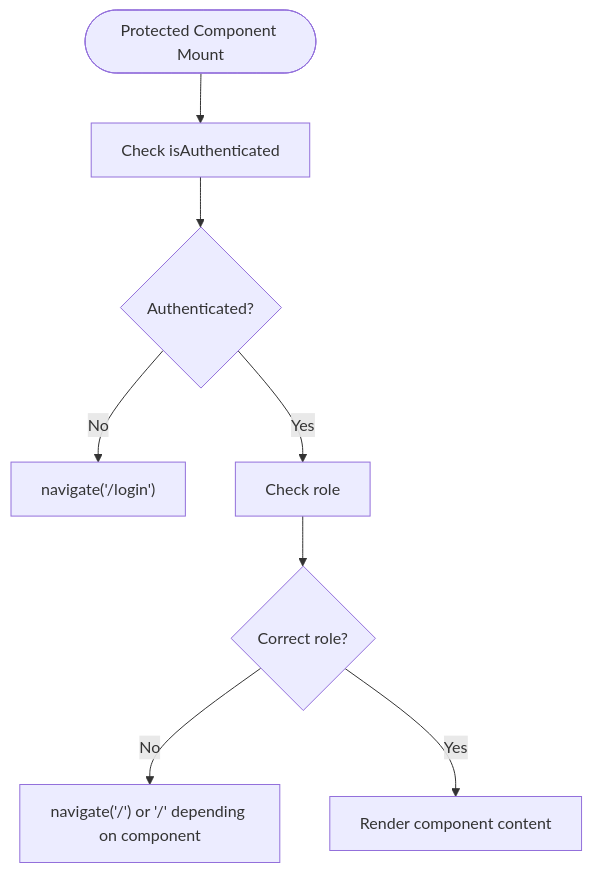
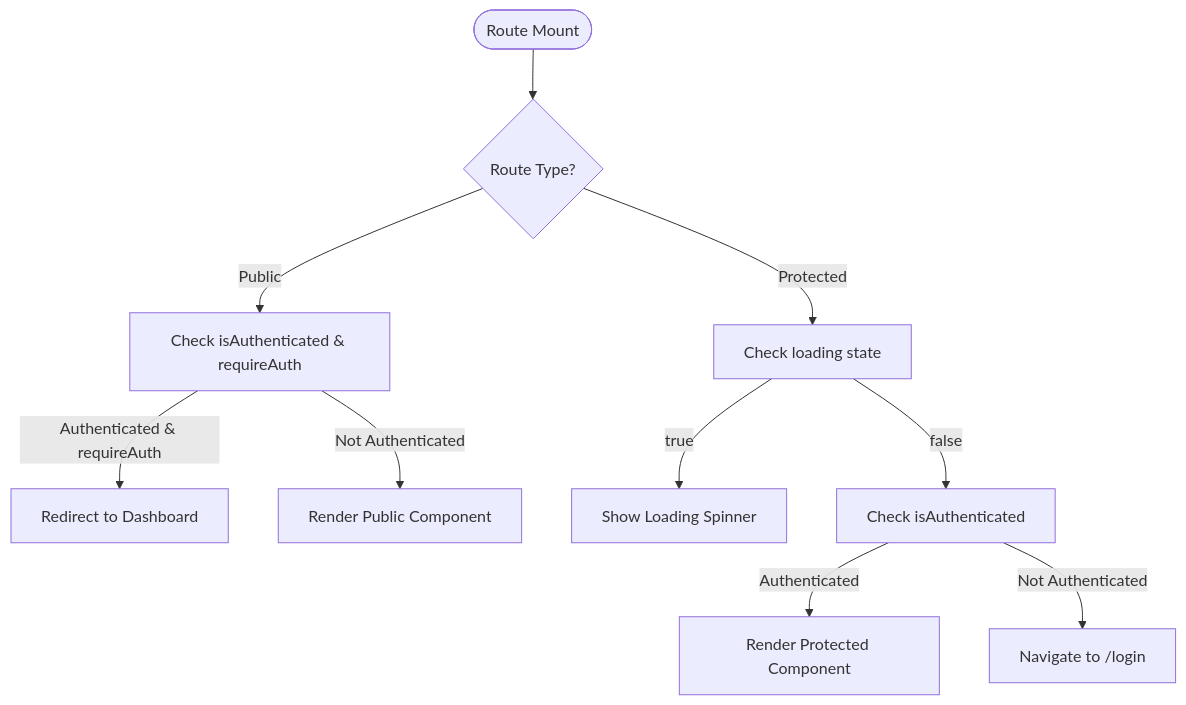
One commit to Aryan9060/Timetable-Project changed the tenth of 12 diagrams in .qoder/repowiki/en/content/Frontend Architecture/Routing System & Navigation.md. Above: the diagram before and after it, drawn with Mermaid. The commit also changed other lines of this file and 7 other files, not shown here.

````diff
--- a/.qoder/repowiki/en/content/Frontend Architecture/Routing System & Navigation.md
+++ b/.qoder/repowiki/en/content/Frontend Architecture/Routing System & Navigation.md
@@ -292,10 +444,12 @@
 ```mermaid
 flowchart TD
-Start(["Protected Component Mount"]) --> CheckAuth["Check isAuthenticated"]
-CheckAuth --> AuthOK{"Authenticated?"}
-AuthOK --> |No| GoLogin["navigate('/login')"]
-AuthOK --> |Yes| CheckRole["Check role"]
-CheckRole --> RoleOK{"Correct role?"}
-RoleOK --> |No| GoHome["navigate('/') or '/' depending on component"]
-RoleOK --> |Yes| Render["Render component content"]
+Start(["Route Mount"]) --> CheckRoute{"Route Type?"}
+CheckRoute --> |Public| CheckAuth["Check isAuthenticated & requireAuth"]
+CheckAuth --> |Authenticated & requireAuth| RedirectDash["Redirect to Dashboard"]
+CheckAuth --> |Not Authenticated| RenderPublic["Render Public Component"]
+CheckRoute --> |Protected| CheckLoading["Check loading state"]
+CheckLoading --> |true| ShowLoading["Show Loading Spinner"]
+CheckLoading --> |false| CheckAuth2["Check isAuthenticated"]
+CheckAuth2 --> |Authenticated| RenderProtected["Render Protected Component"]
+CheckAuth2 --> |Not Authenticated| RedirectLogin["Navigate to /login"]
 ```
````
